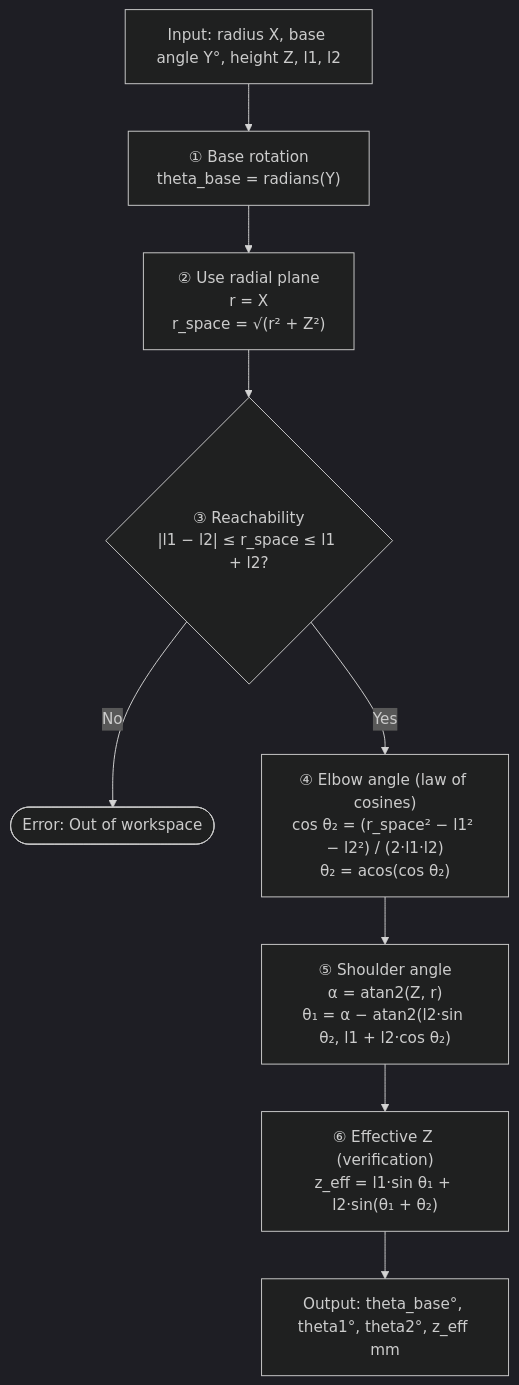
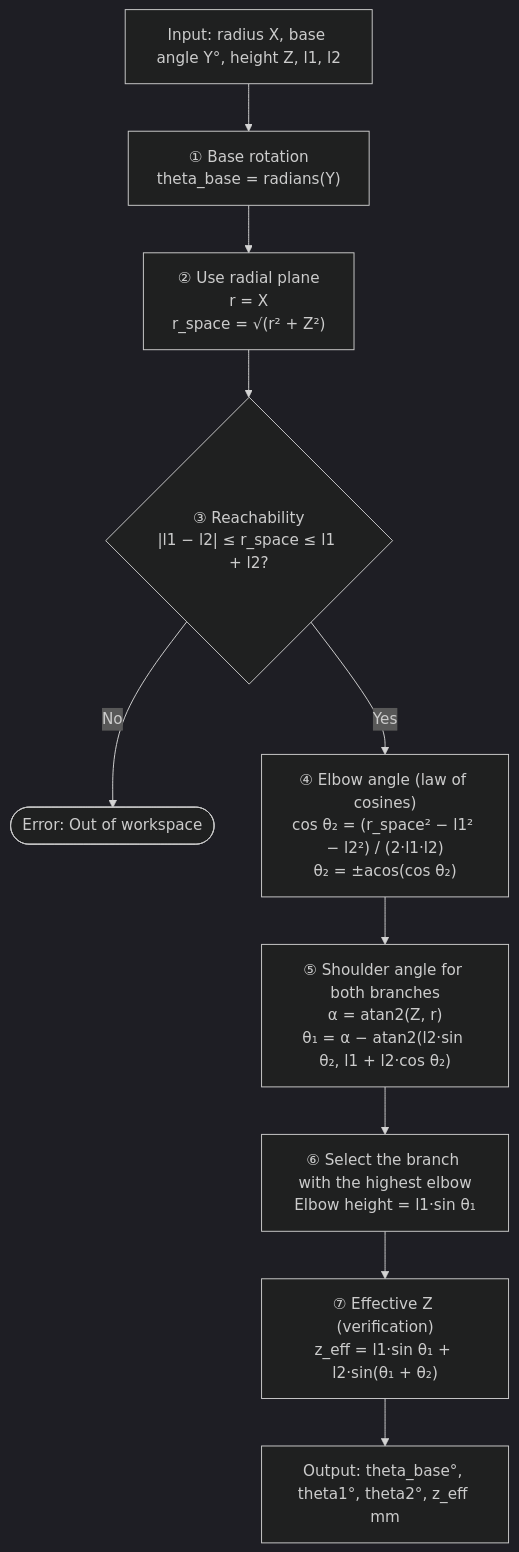
Before and after one commit to HASE-HGV/Roboterarm-HASE: the fourth of 5 diagrams in README.md, drawn with Mermaid (dark theme). The commit also changed other lines of this file and 31 other files, not shown here.

````diff
--- a/README.md
+++ b/README.md
@@ -462,16 +462,17 @@
 ```mermaid
 flowchart TD
     IN["Input: radius X, base angle Y°, height Z, l1, l2"]
     S1["① Base rotation\ntheta_base = radians(Y)"]
     S2["② Use radial plane\nr = X\nr_space = √(r² + Z²)"]
     S3{"③ Reachability\n|l1 − l2| ≤ r_space ≤ l1 + l2?"}
     ERR(["Error: Out of workspace"])
-    S4["④ Elbow angle (law of cosines)\ncos θ₂ = (r_space² − l1² − l2²) / (2·l1·l2)\nθ₂ = acos(cos θ₂)"]
-    S5["⑤ Shoulder angle\nα = atan2(Z, r)\nθ₁ = α − atan2(l2·sin θ₂, l1 + l2·cos θ₂)"]
-    S6["⑥ Effective Z (verification)\nz_eff = l1·sin θ₁ + l2·sin(θ₁ + θ₂)"]
+    S4["④ Elbow angle (law of cosines)\ncos θ₂ = (r_space² − l1² − l2²) / (2·l1·l2)\nθ₂ = ±acos(cos θ₂)"]
+    S5["⑤ Shoulder angle for both branches\nα = atan2(Z, r)\nθ₁ = α − atan2(l2·sin θ₂, l1 + l2·cos θ₂)"]
+    S6["⑥ Select the branch with the highest elbow\nElbow height = l1·sin θ₁"]
+    S7["⑦ Effective Z (verification)\nz_eff = l1·sin θ₁ + l2·sin(θ₁ + θ₂)"]
     OUT["Output: theta_base°, theta1°, theta2°, z_eff mm"]
 
     IN --> S1 --> S2 --> S3
     S3 -- No --> ERR
-    S3 -- Yes --> S4 --> S5 --> S6 --> OUT
+    S3 -- Yes --> S4 --> S5 --> S6 --> S7 --> OUT
 ```
````
